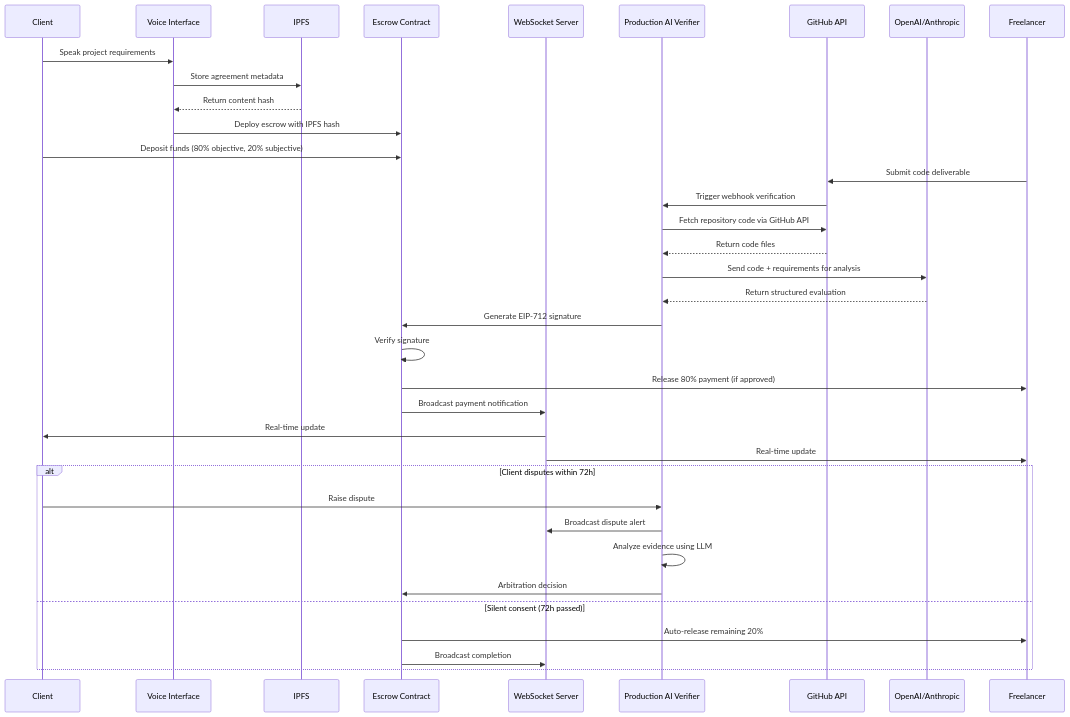
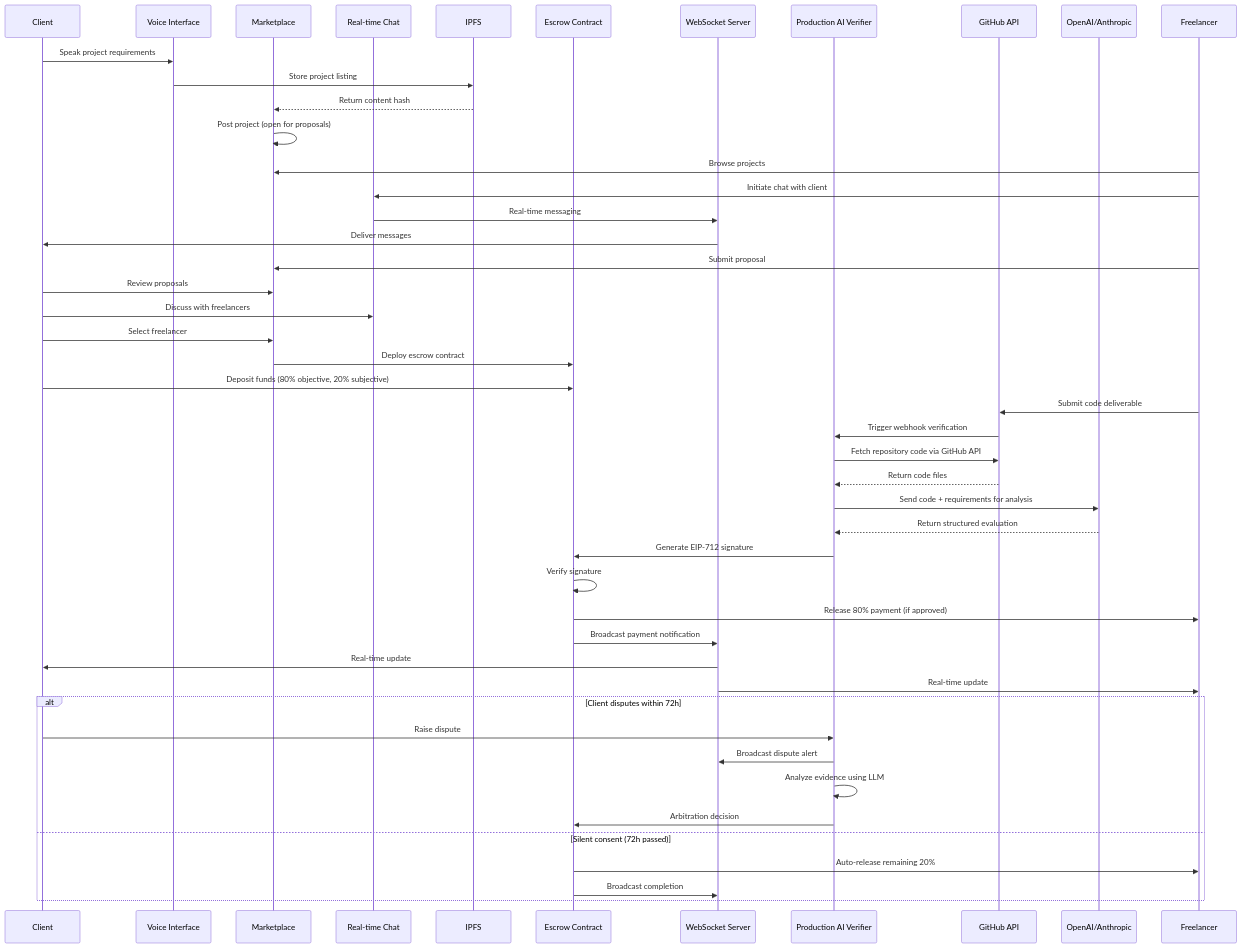
Before and after one commit to Aryan10022006/Vera: the diagram in .kiro/Vera/design.md, drawn with Mermaid. The commit also changed other lines of this file and 32 other files, not shown here.

````diff
--- a/.kiro/Vera/design.md
+++ b/.kiro/Vera/design.md
@@ -13,42 +13,55 @@
 ```mermaid
 sequenceDiagram
     participant Client
     participant VoiceUI as Voice Interface
+    participant Marketplace
+    participant Chat as Real-time Chat
     participant IPFS
     participant SmartContract as Escrow Contract
     participant WebSocket as WebSocket Server
     participant AI as Production AI Verifier
     participant GitHub as GitHub API
     participant LLM as OpenAI/Anthropic
     participant Freelancer
 
     Client->>VoiceUI: Speak project requirements
-    VoiceUI->>IPFS: Store agreement metadata
-    IPFS-->>VoiceUI: Return content hash
-    VoiceUI->>SmartContract: Deploy escrow with IPFS hash
+    VoiceUI->>IPFS: Store project listing
+    IPFS-->>Marketplace: Return content hash
+    Marketplace->>Marketplace: Post project (open for proposals)
+    
+    Freelancer->>Marketplace: Browse projects
+    Freelancer->>Chat: Initiate chat with client
+    Chat->>WebSocket: Real-time messaging
+    WebSocket->>Client: Deliver messages
+    Freelancer->>Marketplace: Submit proposal
+    
+    Client->>Marketplace: Review proposals
+    Client->>Chat: Discuss with freelancers
+    Client->>Marketplace: Select freelancer
+    Marketplace->>SmartContract: Deploy escrow contract
     Client->>SmartContract: Deposit funds (80% objective, 20% subjective)
     
     Freelancer->>GitHub: Submit code deliverable
     GitHub->>AI: Trigger webhook verification
     AI->>GitHub: Fetch repository code via GitHub API
     GitHub-->>AI: Return code files
     AI->>LLM: Send code + requirements for analysis
     LLM-->>AI: Return structured evaluation
     
     AI->>SmartContract: Generate EIP-712 signature
     SmartContract->>SmartContract: Verify signature
     SmartContract->>Freelancer: Release 80% payment (if approved)
     SmartContract->>WebSocket: Broadcast payment notification
     WebSocket->>Client: Real-time update
     WebSocket->>Freelancer: Real-time update
     
     alt Client disputes within 72h
         Client->>AI: Raise dispute
         AI->>WebSocket: Broadcast dispute alert
         AI->>AI: Analyze evidence using LLM
         AI->>SmartContract: Arbitration decision
     else Silent consent (72h passed)
         SmartContract->>Freelancer: Auto-release remaining 20%
         SmartContract->>WebSocket: Broadcast completion
     end
 ```
````
